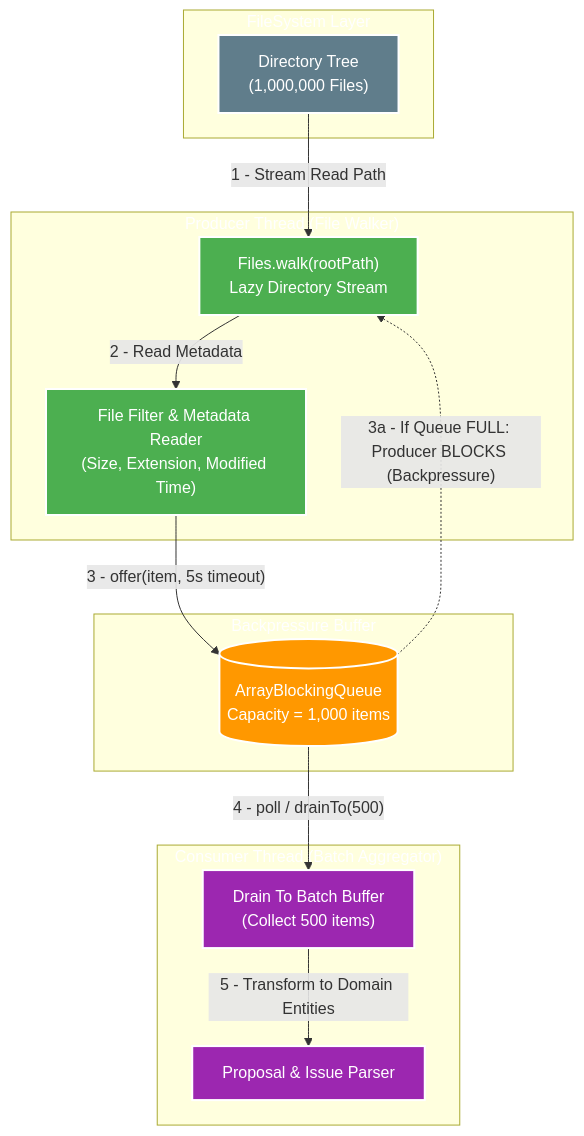
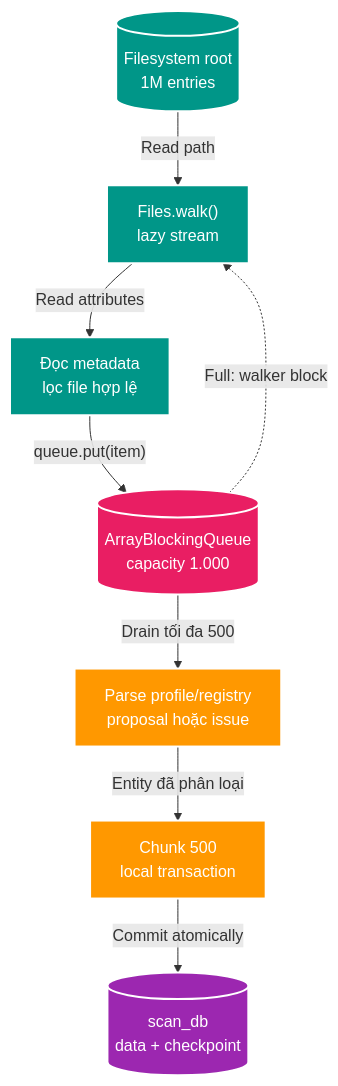
Before and after one commit to HungPhan200591/file-mngt-be-v2: the third of 6 diagrams in manual/learning/use-cases/scale-capacity/sc-01-scan-one-million-filesystem-entry/02-architecture-touchpoints-and-flows.md, drawn with Mermaid. The commit also changed other lines of this file and 1 other file, not shown here.

````diff
--- a/manual/learning/use-cases/scale-capacity/sc-01-scan-one-million-filesystem-entry/02-architecture-touchpoints-and-flows.md
+++ b/manual/learning/use-cases/scale-capacity/sc-01-scan-one-million-filesystem-entry/02-architecture-touchpoints-and-flows.md
@@ -166,34 +88,26 @@
 ```mermaid
 flowchart TD
-    subgraph DISK_LAYER["<font color='white'>FileSystem Layer</font>"]
-        DISK["<font color='white'>Directory Tree<br/>(1,000,000 Files)</font>"]
-    end
+    DISK[("<font color='white'>Filesystem root<br/>1M entries</font>")]
+    WALK["<font color='white'>Files.walk()<br/>lazy stream</font>"]
+    META["<font color='white'>Đọc metadata<br/>lọc file hợp lệ</font>"]
+    QUEUE[("<font color='white'>ArrayBlockingQueue<br/>capacity 1.000</font>")]
+    PARSER["<font color='white'>Parse profile/registry<br/>proposal hoặc issue</font>"]
+    CHUNK["<font color='white'>Chunk 500<br/>local transaction</font>"]
+    DB[("<font color='white'>scan_db<br/>data + checkpoint</font>")]
 
-    subgraph PRODUCER["<font color='white'>Producer Thread (File Walker)</font>"]
-        WALKER["<font color='white'>Files.walk(rootPath)<br/>Lazy Directory Stream</font>"]
-        FILTER["<font color='white'>File Filter & Metadata Reader<br/>(Size, Extension, Modified Time)</font>"]
-    end
+    DISK -->|"Read path"| WALK
+    WALK -->|"Read attributes"| META
+    META -->|"queue.put(item)"| QUEUE
+    QUEUE -->|"Drain tối đa 500"| PARSER
+    PARSER -->|"Entity đã phân loại"| CHUNK
+    CHUNK -->|"Commit atomically"| DB
+    QUEUE -.->|"Full: walker block"| WALK
 
-    subgraph BOUNDED_BUFFER["<font color='white'>Backpressure Buffer</font>"]
-        QUEUE[("<font color='white'>ArrayBlockingQueue<br/>Capacity = 1,000 items</font>")]
-    end
-
-    subgraph CONSUMER["<font color='white'>Consumer Thread (Batch Aggregator)</font>"]
-        TAKER["<font color='white'>Drain To Batch Buffer<br/>(Collect 500 items)</font>"]
-        PARSER["<font color='white'>Proposal & Issue Parser</font>"]
-    end
-
-    DISK -->|"1 - Stream Read Path"| WALKER
-    WALKER -->|"2 - Read Metadata"| FILTER
-    FILTER -->|"3 - offer(item, 5s timeout)"| QUEUE
-    QUEUE -.->|"3a - If Queue FULL: Producer BLOCKS (Backpressure)"| WALKER
-    QUEUE -->|"4 - poll / drainTo(500)"| TAKER
-    TAKER -->|"5 - Transform to Domain Entities"| PARSER
-
-    style DISK fill:#607D8B,stroke:#fff,stroke-width:2px
-    style WALKER fill:#4CAF50,stroke:#fff,stroke-width:2px
-    style FILTER fill:#4CAF50,stroke:#fff,stroke-width:2px
-    style QUEUE fill:#FF9800,stroke:#fff,stroke-width:2px
-    style TAKER fill:#9C27B0,stroke:#fff,stroke-width:2px
-    style PARSER fill:#9C27B0,stroke:#fff,stroke-width:2px
+    style DISK fill:#009688,stroke:#fff,stroke-width:2px
+    style WALK fill:#009688,stroke:#fff,stroke-width:2px
+    style META fill:#009688,stroke:#fff,stroke-width:2px
+    style QUEUE fill:#E91E63,stroke:#fff,stroke-width:2px
+    style PARSER fill:#FF9800,stroke:#fff,stroke-width:2px
+    style CHUNK fill:#FF9800,stroke:#fff,stroke-width:2px
+    style DB fill:#9C27B0,stroke:#fff,stroke-width:2px
 ```
````
